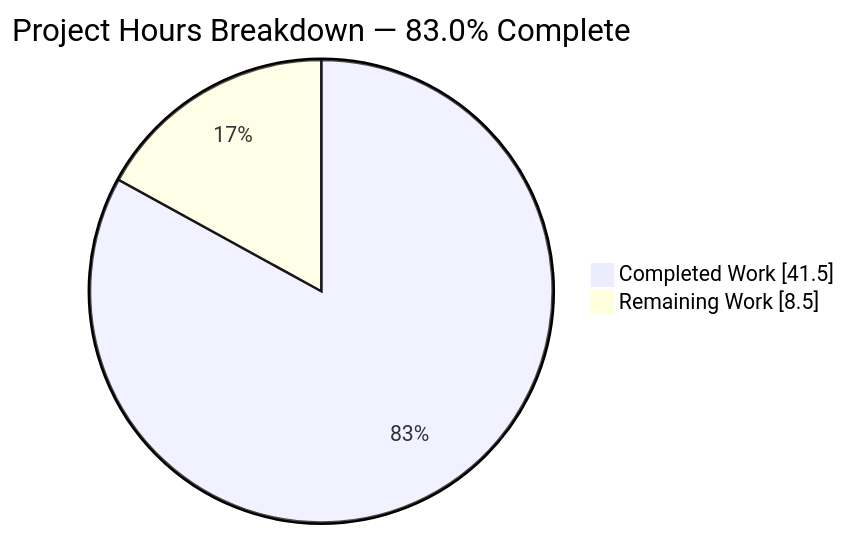
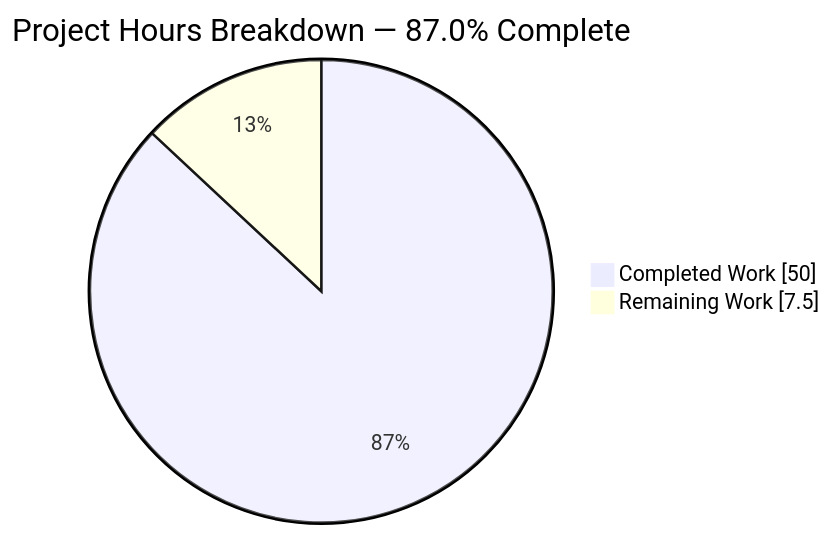
Before and after one commit to Blitzy-Multi/Artifact5: the second of 4 diagrams in blitzy/documentation/Project Guide.md, drawn with Mermaid. The commit also changed other lines of this file, not shown here.

Commit message:
Adding Blitzy Project Guide: Project Status and Human Tasks Remaining

````diff
--- a/blitzy/documentation/Project Guide.md
+++ b/blitzy/documentation/Project Guide.md
@@ -231,5 +233,5 @@
 ```mermaid
-pie showData title Project Hours Breakdown — 83.0% Complete
-    "Completed Work" : 41.5
-    "Remaining Work" : 8.5
+pie showData title Project Hours Breakdown — 87.0% Complete
+    "Completed Work" : 50.0
+    "Remaining Work" : 7.5
 ```
````
